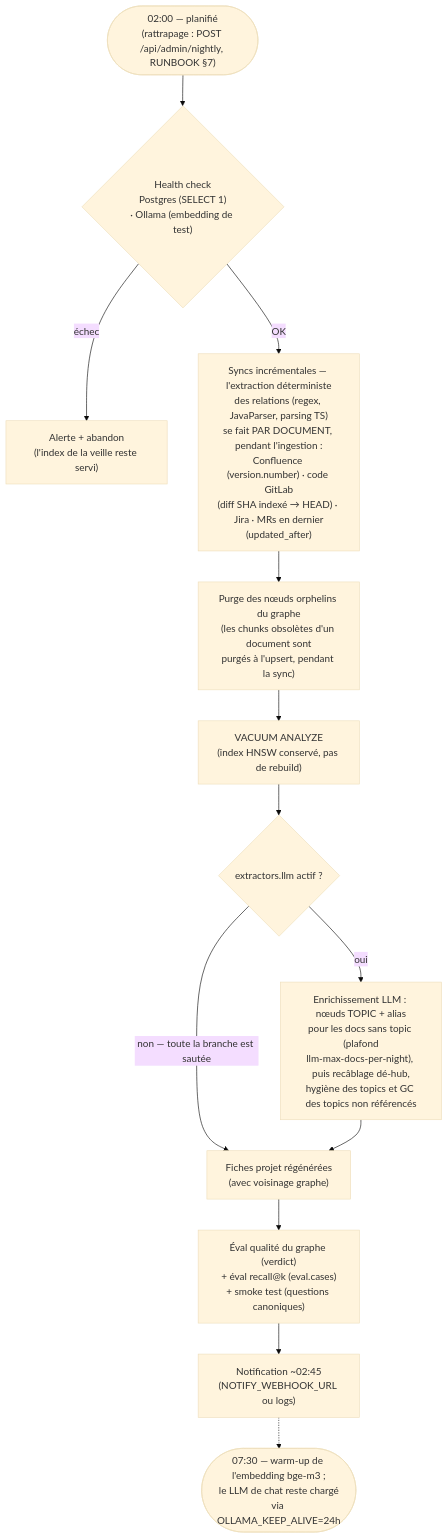
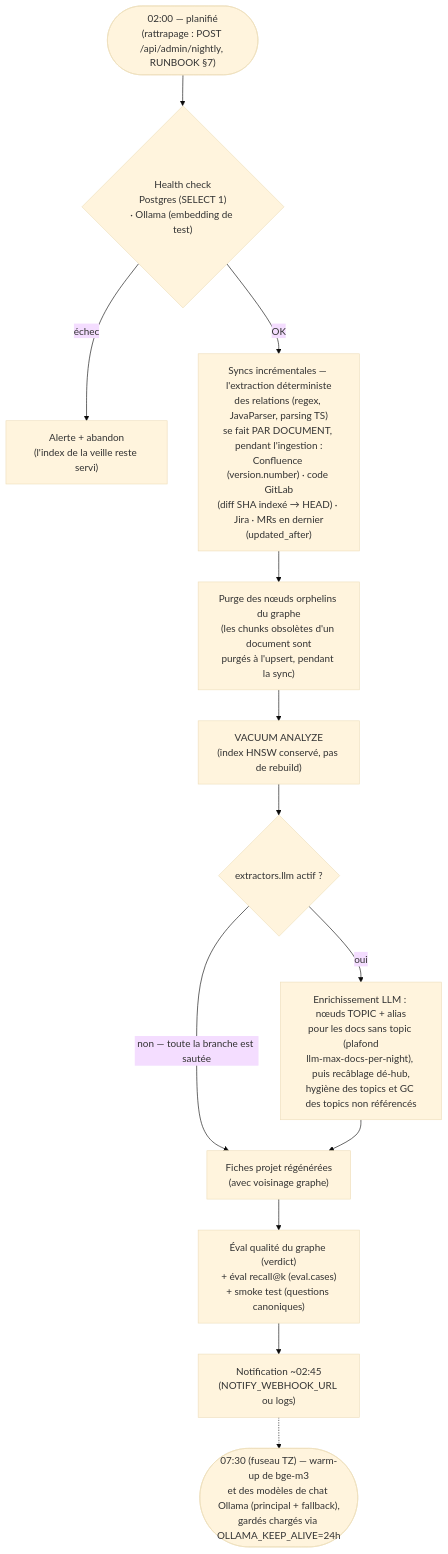
The third of 6 diagrams in docs/WORKFLOWS.md (fatahbenguenna/x-rag-project-assistant), drawn with Mermaid (base theme) before and after one commit. The commit also changed 19 other files, not shown here.

````diff
--- a/docs/WORKFLOWS.md
+++ b/docs/WORKFLOWS.md
@@ -61,15 +61,15 @@
 ```mermaid
 flowchart TD
     START(["02:00 — planifié<br/>(rattrapage : POST /api/admin/nightly, RUNBOOK §7)"]) --> HC{"Health check<br/>Postgres (SELECT 1)<br/>· Ollama (embedding de test)"}
     HC -->|échec| ALERT["Alerte + abandon<br/>(l'index de la veille reste servi)"]
     HC -->|OK| SYNC["Syncs incrémentales — l'extraction déterministe<br/>des relations (regex, JavaParser, parsing TS)<br/>se fait PAR DOCUMENT, pendant l'ingestion :<br/>Confluence (version.number) · code GitLab<br/>(diff SHA indexé → HEAD) · Jira · MRs en dernier<br/>(updated_after)"]
     SYNC --> PURGE["Purge des nœuds orphelins du graphe<br/>(les chunks obsolètes d'un document sont<br/>purgés à l'upsert, pendant la sync)"]
     PURGE --> VACUUM["VACUUM ANALYZE<br/>(index HNSW conservé, pas de rebuild)"]
     VACUUM --> ENRICH{"extractors.llm actif ?"}
     ENRICH -->|"oui"| LLME["Enrichissement LLM : nœuds TOPIC + alias<br/>pour les docs sans topic (plafond<br/>llm-max-docs-per-night), puis recâblage dé-hub,<br/>hygiène des topics et GC des topics non référencés"]
     ENRICH -->|"non — toute la branche est sautée"| SHEETS
     LLME --> SHEETS["Fiches projet régénérées<br/>(avec voisinage graphe)"]
     SHEETS --> QUAL["Éval qualité du graphe (verdict)<br/>+ éval recall@k (eval.cases)<br/>+ smoke test (questions canoniques)"]
     QUAL --> NOTIF["Notification ~02:45<br/>(NOTIFY_WEBHOOK_URL ou logs)"]
-    NOTIF -.-> WARM(["07:30 — warm-up de l'embedding bge-m3 ;<br/>le LLM de chat reste chargé<br/>via OLLAMA_KEEP_ALIVE=24h"])
+    NOTIF -.-> WARM(["07:30 (fuseau TZ) — warm-up de bge-m3<br/>et des modèles de chat Ollama (principal + fallback),<br/>gardés chargés via OLLAMA_KEEP_ALIVE=24h"])
 ```
````
